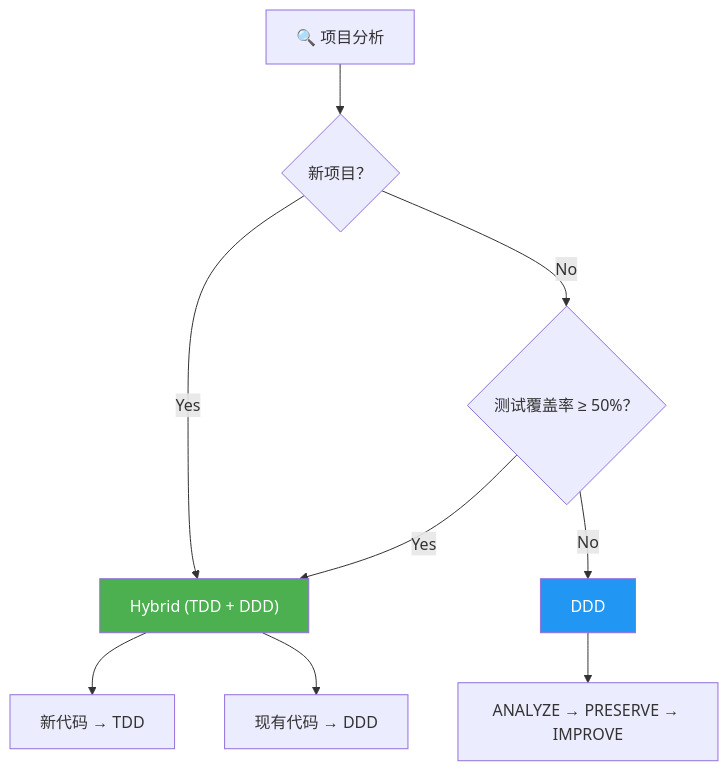
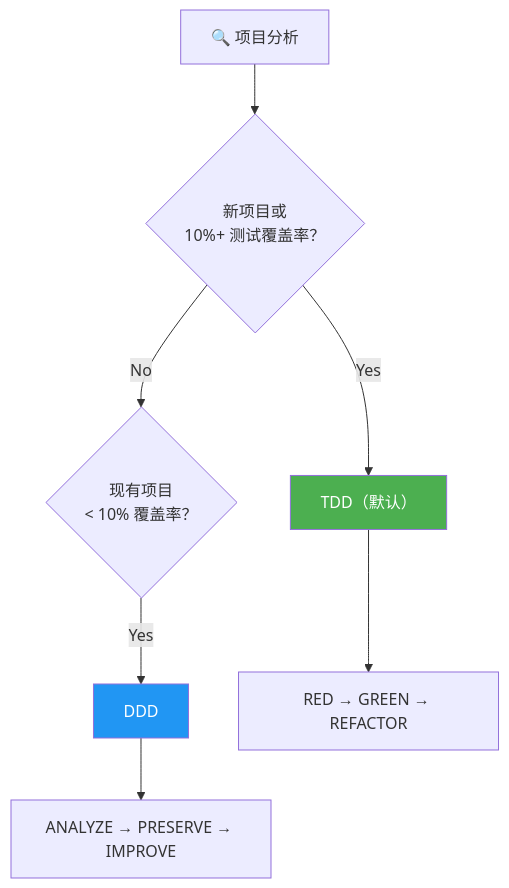
One commit to modu-ai/moai-adk changed the second of 5 diagrams in README.zh.md. Above: the diagram before and after it, drawn with Mermaid. The commit also changed other lines of this file, not shown here.

First line of the commit message:
docs(readme): update README.zh.md methodology to binary TDD/DDD

````diff
--- a/README.zh.md
+++ b/README.zh.md
@@ -147,14 +147,12 @@
 ```mermaid
 flowchart TD
-    A["🔍 项目分析"] --> B{"新项目？"}
-    B -->|"Yes"| C["Hybrid (TDD + DDD)"]
-    B -->|"No"| D{"测试覆盖率 ≥ 50%？"}
-    D -->|"Yes"| C
-    D -->|"No"| E["DDD"]
-    C --> F["新代码 → TDD"]
-    C --> G["现有代码 → DDD"]
-    E --> H["ANALYZE → PRESERVE → IMPROVE"]
+    A["🔍 项目分析"] --> B{"新项目或<br/>10%+ 测试覆盖率？"}
+    B -->|"Yes"| C["TDD（默认）"]
+    B -->|"No"| D{"现有项目<br/>< 10% 覆盖率？"}
+    D -->|"Yes"| E["DDD"]
+    C --> F["RED → GREEN → REFACTOR"]
+    E --> G["ANALYZE → PRESERVE → IMPROVE"]
 
     style C fill:#4CAF50,color:#fff
     style E fill:#2196F3,color:#fff
 ```
````
